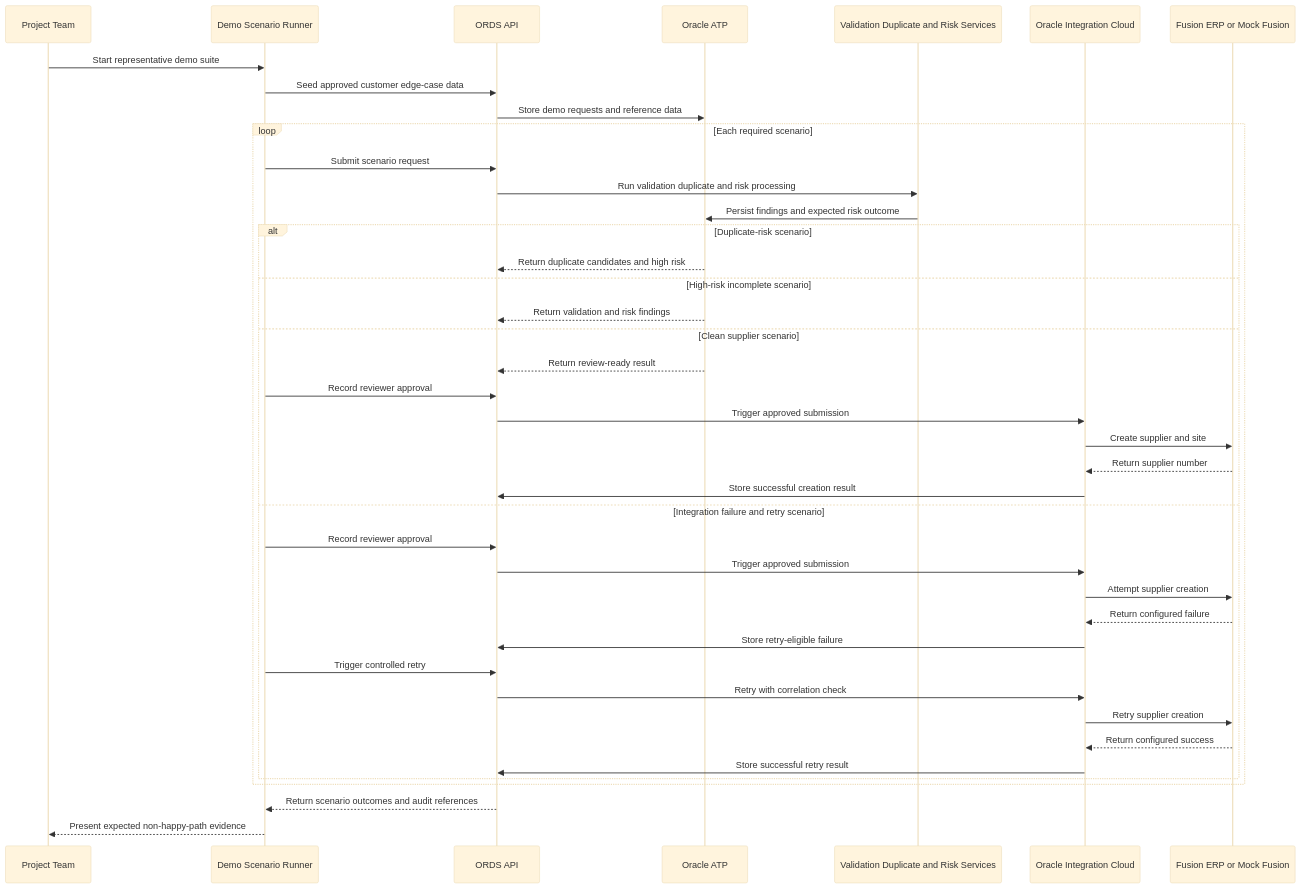
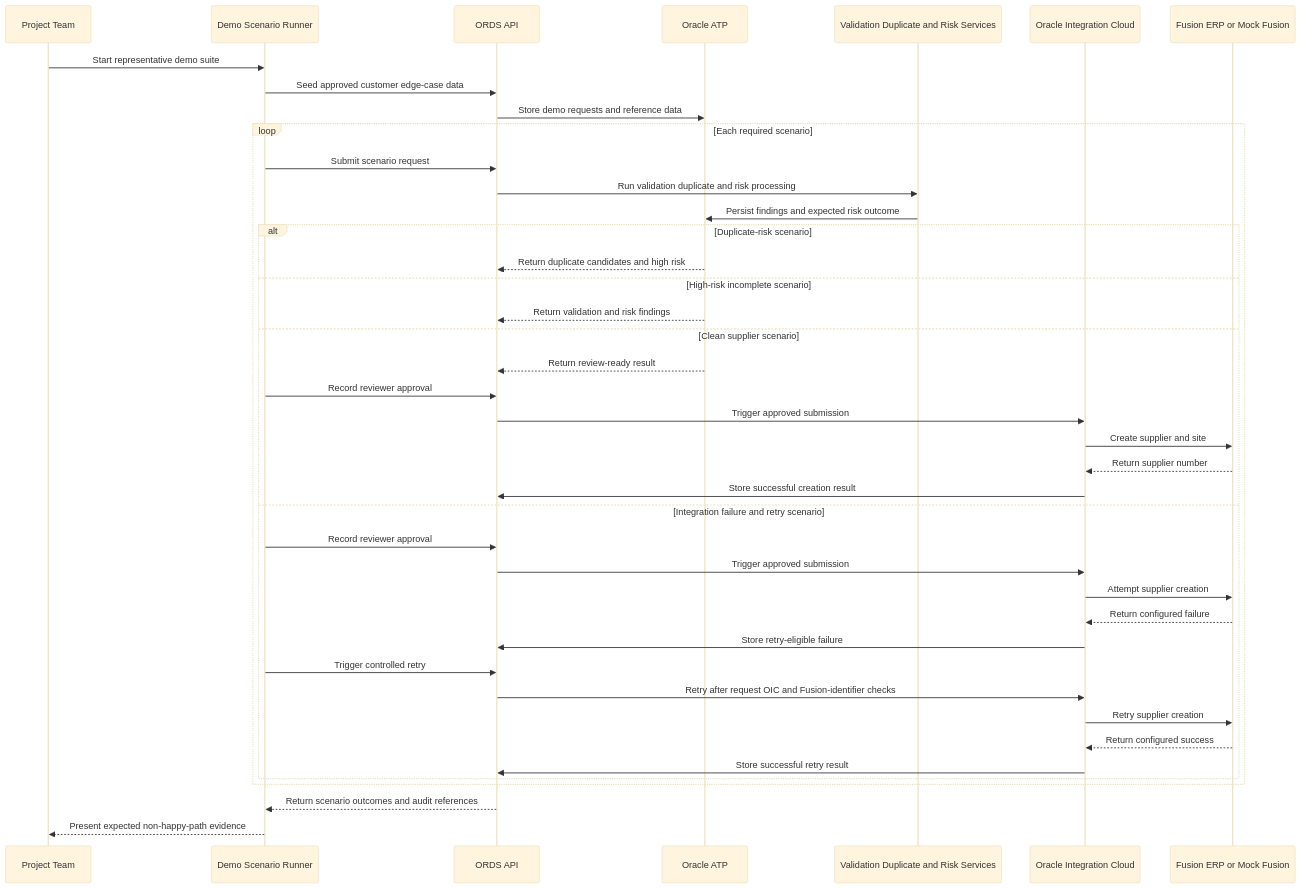
One commit to abdullahsohaill/erp-supplier-onboarding changed diagram 14 of 14 in aidlc-docs/inception/user-stories/sequence-diagrams.md. Above: the diagram before and after it, drawn with Mermaid (base theme). The commit also changed other lines of this file and 6 other files, not shown here.

Commit message:
Align requirements and stories with finalized schema

````diff
--- a/aidlc-docs/inception/user-stories/sequence-diagrams.md
+++ b/aidlc-docs/inception/user-stories/sequence-diagrams.md
@@ -408,43 +416,43 @@
 ```mermaid
 sequenceDiagram
     participant Team as Project Team
     participant Demo as Demo Scenario Runner
     participant ORDS as ORDS API
     participant ATP as Oracle ATP
     participant Rules as Validation Duplicate and Risk Services
     participant OIC as Oracle Integration Cloud
     participant Fusion as Fusion ERP or Mock Fusion
     Team->>Demo: Start representative demo suite
     Demo->>ORDS: Seed approved customer edge-case data
     ORDS->>ATP: Store demo requests and reference data
     loop Each required scenario
         Demo->>ORDS: Submit scenario request
         ORDS->>Rules: Run validation duplicate and risk processing
         Rules->>ATP: Persist findings and expected risk outcome
         alt Duplicate-risk scenario
             ATP-->>ORDS: Return duplicate candidates and high risk
         else High-risk incomplete scenario
             ATP-->>ORDS: Return validation and risk findings
         else Clean supplier scenario
             ATP-->>ORDS: Return review-ready result
             Demo->>ORDS: Record reviewer approval
             ORDS->>OIC: Trigger approved submission
             OIC->>Fusion: Create supplier and site
             Fusion-->>OIC: Return supplier number
             OIC->>ORDS: Store successful creation result
         else Integration failure and retry scenario
             Demo->>ORDS: Record reviewer approval
             ORDS->>OIC: Trigger approved submission
             OIC->>Fusion: Attempt supplier creation
             Fusion-->>OIC: Return configured failure
             OIC->>ORDS: Store retry-eligible failure
             Demo->>ORDS: Trigger controlled retry
-            ORDS->>OIC: Retry with correlation check
+            ORDS->>OIC: Retry after request OIC and Fusion-identifier checks
             OIC->>Fusion: Retry supplier creation
             Fusion-->>OIC: Return configured success
             OIC->>ORDS: Store successful retry result
         end
     end
     ORDS-->>Demo: Return scenario outcomes and audit references
     Demo-->>Team: Present expected non-happy-path evidence
 ```
````
